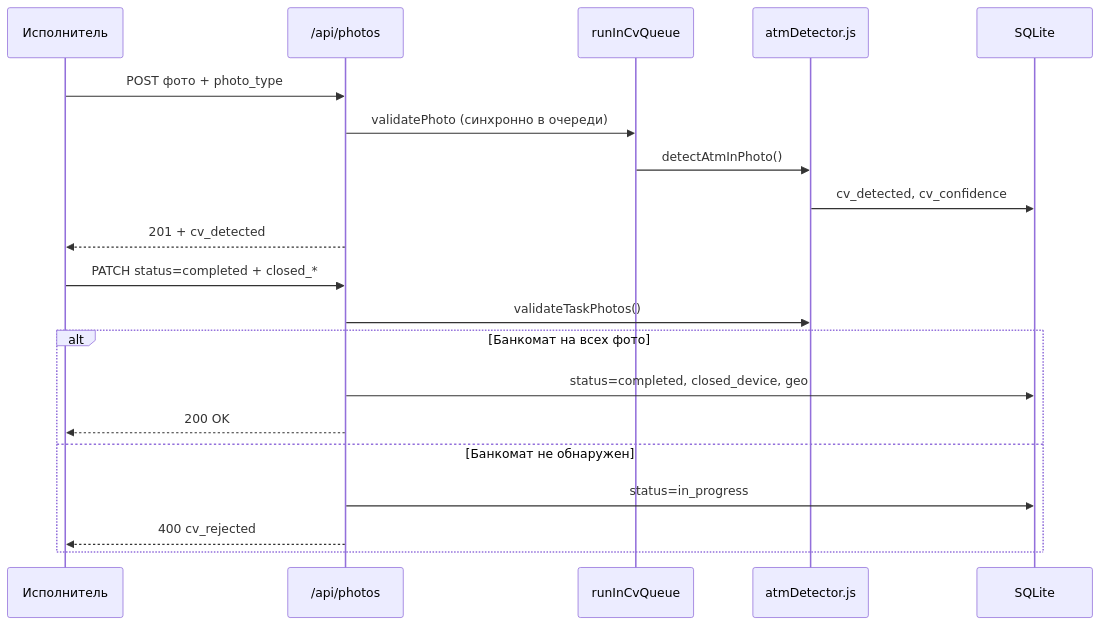
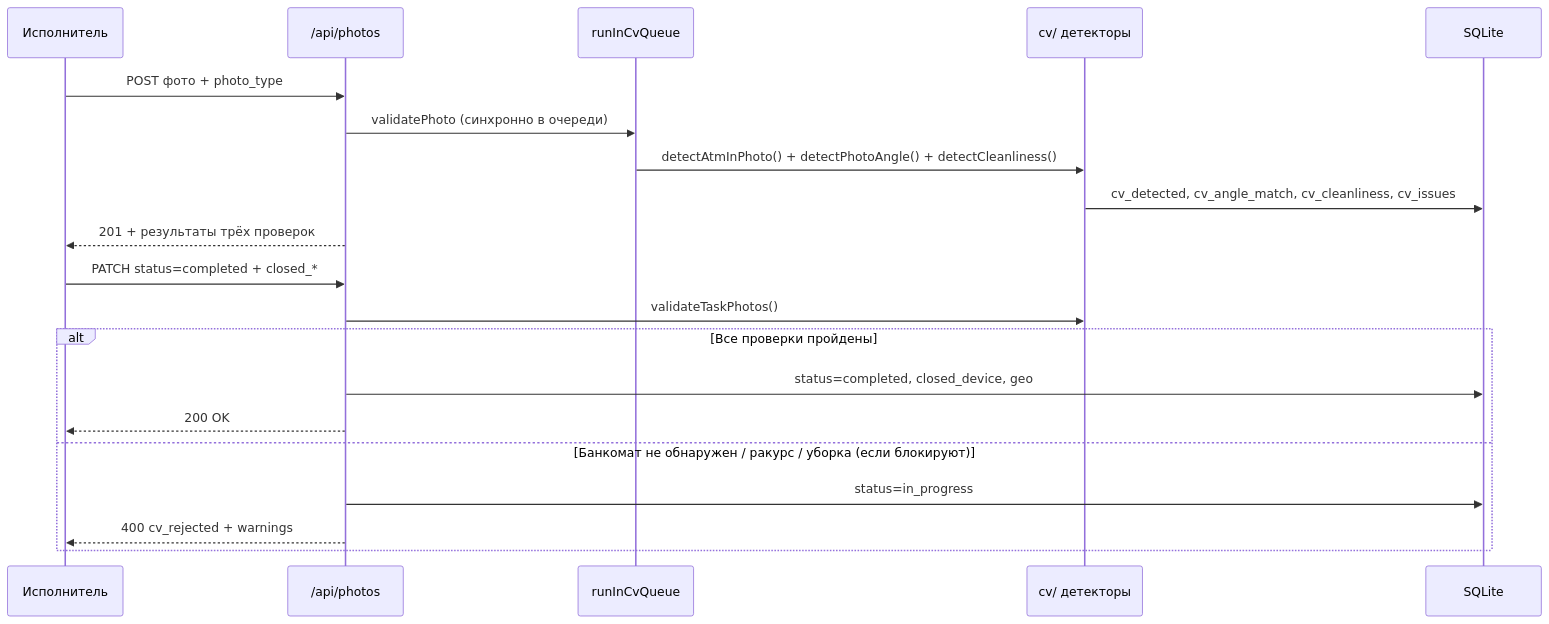
The sixth of 12 diagrams in ARCHITECTURE.md (DjSurfTSI/control-app), drawn with Mermaid before and after one commit. The commit also changed other lines of this file and 18 other files, not shown here.

````diff
--- a/ARCHITECTURE.md
+++ b/ARCHITECTURE.md
@@ -464,24 +487,24 @@
 ```mermaid
 sequenceDiagram
     participant C as Исполнитель
     participant API as /api/photos
     participant Q as runInCvQueue
-    participant CV as atmDetector.js
+    participant CV as cv/ детекторы
     participant DB as SQLite
 
     C->>API: POST фото + photo_type
     API->>Q: validatePhoto (синхронно в очереди)
-    Q->>CV: detectAtmInPhoto()
-    CV->>DB: cv_detected, cv_confidence
-    API-->>C: 201 + cv_detected
+    Q->>CV: detectAtmInPhoto() + detectPhotoAngle() + detectCleanliness()
+    CV->>DB: cv_detected, cv_angle_match, cv_cleanliness, cv_issues
+    API-->>C: 201 + результаты трёх проверок
 
     C->>API: PATCH status=completed + closed_*
     API->>CV: validateTaskPhotos()
-    alt Банкомат на всех фото
+    alt Все проверки пройдены
         API->>DB: status=completed, closed_device, geo
         API-->>C: 200 OK
-    else Банкомат не обнаружен
+    else Банкомат не обнаружен / ракурс / уборка (если блокируют)
         API->>DB: status=in_progress
-        API-->>C: 400 cv_rejected
+        API-->>C: 400 cv_rejected + warnings
     end
 ```
````
